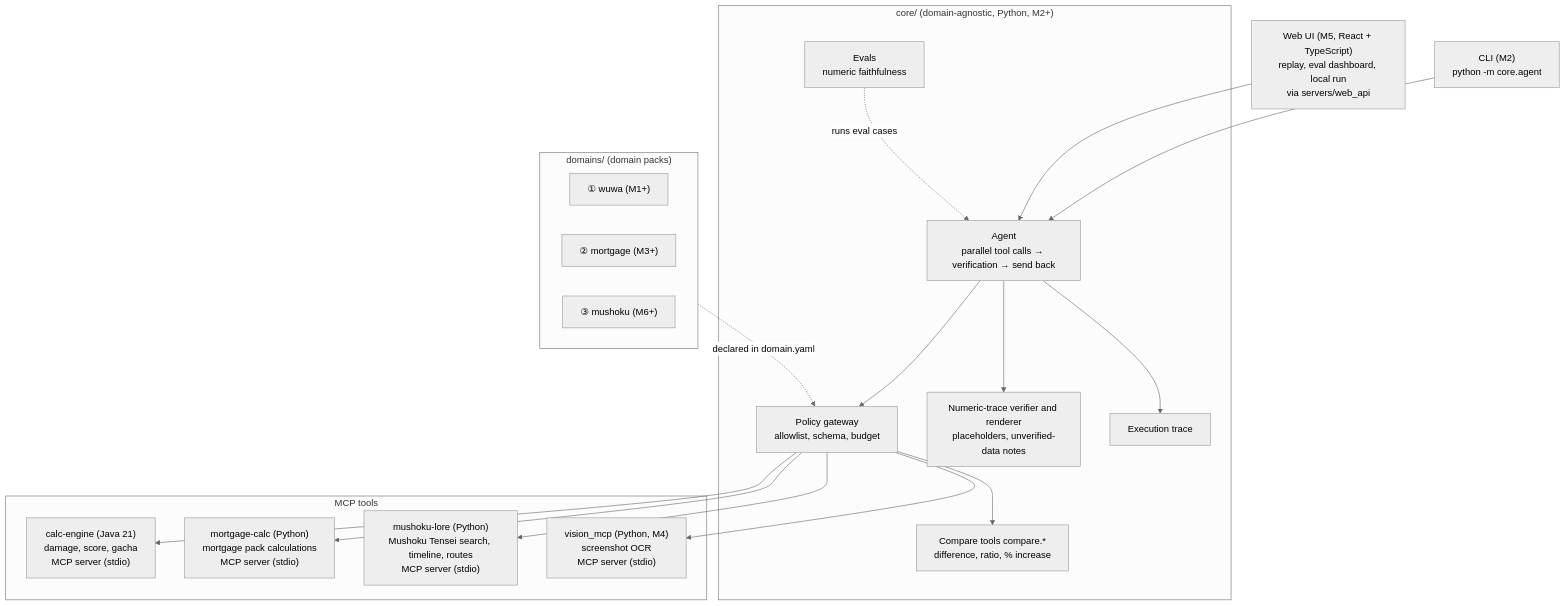
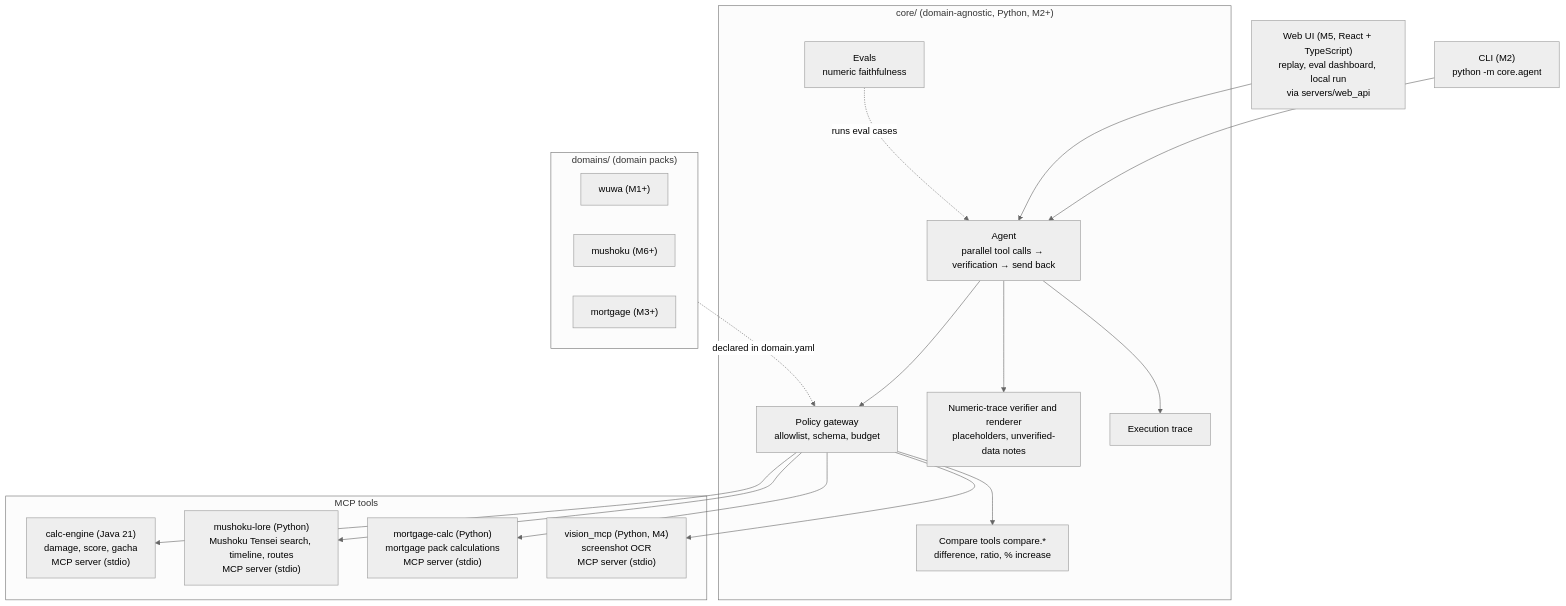
Before and after one commit to hexinlong9981/echolab: the first of 3 diagrams in docs/architecture.en.md, drawn with Mermaid (neutral theme). The commit also changed other lines of this file and 22 other files, not shown here.

````diff
--- a/docs/architecture.en.md
+++ b/docs/architecture.en.md
@@ -13,32 +13,32 @@
 ```mermaid
 flowchart TB
   CLI["CLI (M2)<br/>python -m core.agent"]
   UI["Web UI (M5, React + TypeScript)<br/>replay, eval dashboard, local run<br/>via servers/web_api"]
   subgraph core["core/ (domain-agnostic, Python, M2+)"]
     AG["Agent<br/>parallel tool calls → verification → send back"]
     GW["Policy gateway<br/>allowlist, schema, budget"]
     VF["Numeric-trace verifier and renderer<br/>placeholders, unverified-data notes"]
     CMP["Compare tools compare.*<br/>difference, ratio, % increase"]
     EV["Evals<br/>numeric faithfulness"]
     TR["Execution trace"]
   end
   subgraph tools["MCP tools"]
     CE["calc-engine (Java 21)<br/>damage, score, gacha<br/>MCP server (stdio)"]
+    ML["mushoku-lore (Python)<br/>Mushoku Tensei search, timeline, routes<br/>MCP server (stdio)"]
     MC["mortgage-calc (Python)<br/>mortgage pack calculations<br/>MCP server (stdio)"]
-    ML["mushoku-lore (Python)<br/>Mushoku Tensei search, timeline, routes<br/>MCP server (stdio)"]
     VM["vision_mcp (Python, M4)<br/>screenshot OCR<br/>MCP server (stdio)"]
   end
   subgraph domains["domains/ (domain packs)"]
-    D1["① wuwa (M1+)"]
-    D3["② mortgage (M3+)"]
-    D4["③ mushoku (M6+)"]
+    D1["wuwa (M1+)"]
+    D4["mushoku (M6+)"]
+    D3["mortgage (M3+)"]
   end
   CLI --> AG
   UI --> AG
   AG --> GW --> CE & MC & ML & CMP & VM
   AG --> VF
   AG --> TR
   domains -. "declared in domain.yaml" .-> GW
   EV -. "runs eval cases" .-> AG
 
 ```
````
